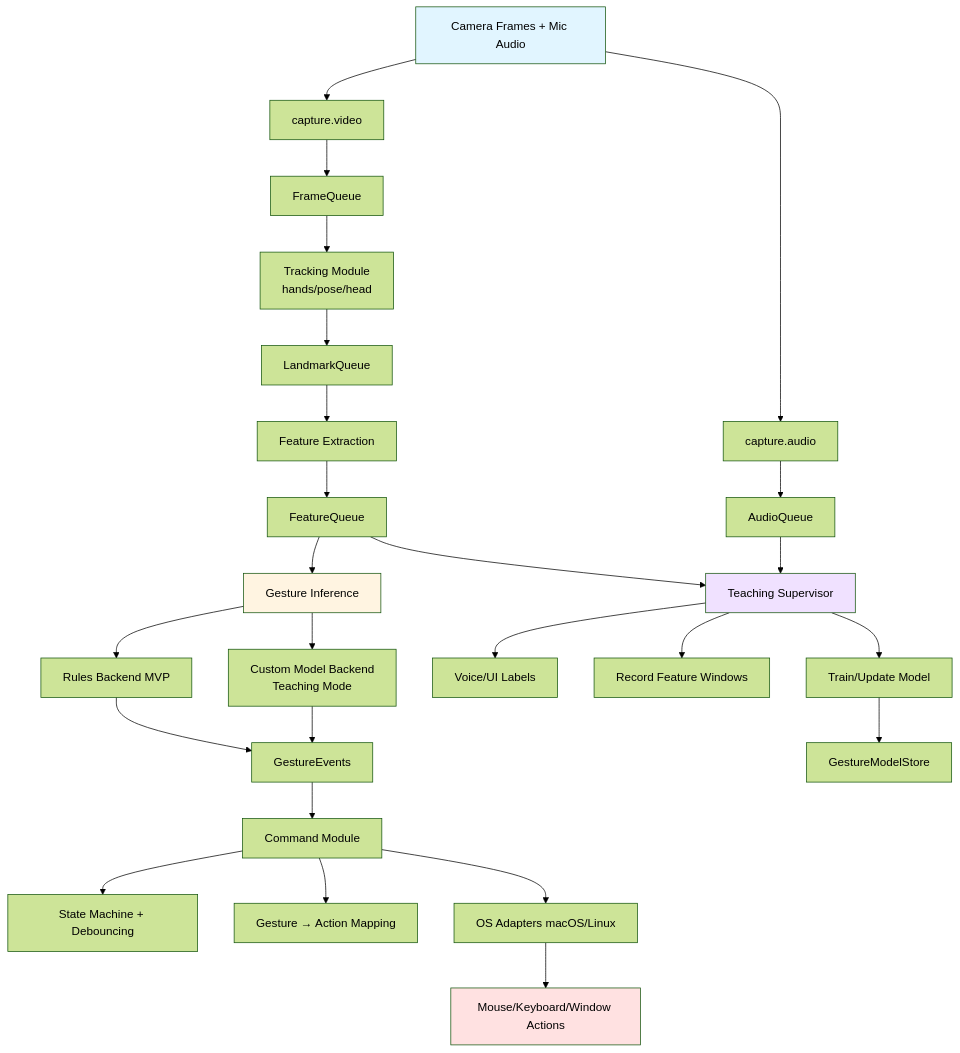
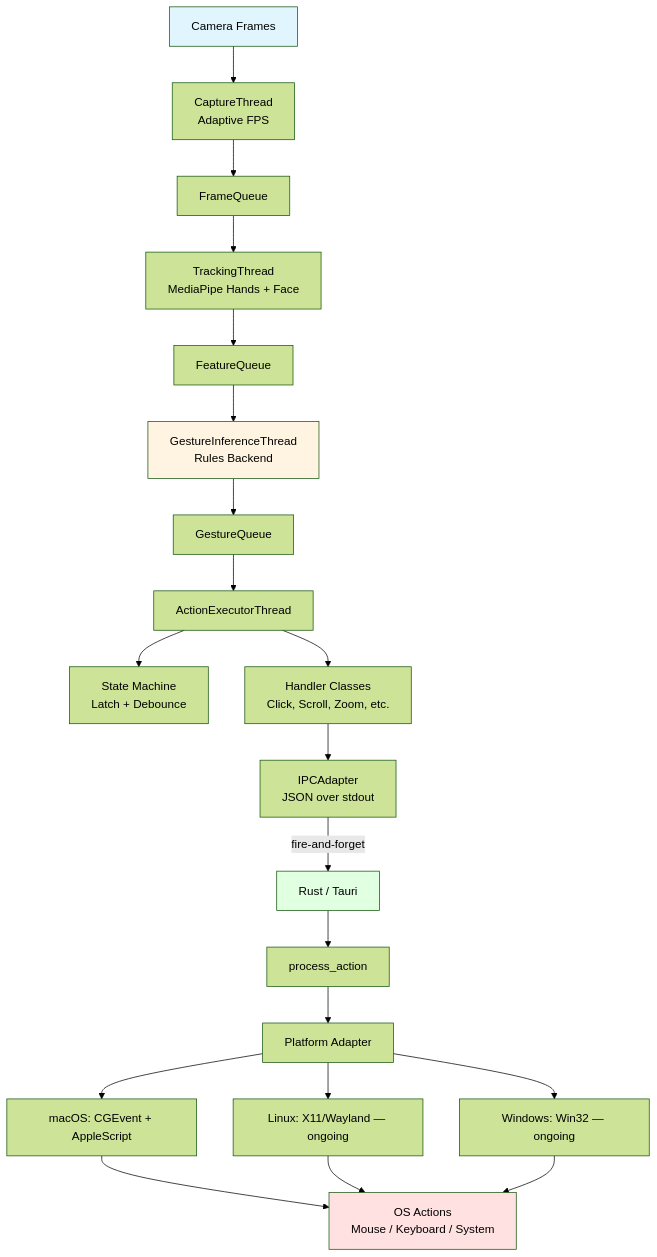
Before and after one commit to Shao0oo/handsi: the diagram in docs/ARCHITECTURE.md, drawn with Mermaid (forest theme). The commit also changed other lines of this file and 5 other files, not shown here.

````diff
--- a/docs/ARCHITECTURE.md
+++ b/docs/ARCHITECTURE.md
@@ -7,38 +9,27 @@
 ```mermaid
 flowchart TD
-    A[Camera Frames + Mic Audio] --> B1[capture.video]
-    A --> B2[capture.audio]
+    A[Camera Frames] --> B[CaptureThread<br/>Adaptive FPS]
+    B --> C[FrameQueue]
+    C --> D[TrackingThread<br/>MediaPipe Hands + Face]
+    D --> E[FeatureQueue]
+    E --> F[GestureInferenceThread<br/>Rules Backend]
 
-    B1 --> C1[FrameQueue]
-    B2 --> C2[AudioQueue]
+    F --> G[GestureQueue]
+    G --> H[ActionExecutorThread]
+    H --> H1[State Machine<br/>Latch + Debounce]
+    H --> H2[Handler Classes<br/>Click, Scroll, Zoom, etc.]
+    H2 --> I[IPCAdapter<br/>JSON over stdout]
 
-    C1 --> D[Tracking Module<br/>hands/pose/head]
-    D --> E[LandmarkQueue]
-
-    E --> F[Feature Extraction]
-    F --> G[FeatureQueue]
-
-    G --> H[Gesture Inference]
-    H --> H1[Rules Backend MVP]
-    H --> H2[Custom Model Backend<br/>Teaching Mode]
-    H1 & H2 --> I[GestureEvents]
-
-    C2 --> J[Teaching Supervisor]
-    G --> J
-    J --> J1[Voice/UI Labels]
-    J --> J2[Record Feature Windows]
-    J --> J3[Train/Update Model]
-    J3 --> K[GestureModelStore]
-
-    I --> L[Command Module]
-    L --> L1[State Machine + Debouncing]
-    L --> L2[Gesture → Action Mapping]
-    L --> L3[OS Adapters macOS/Linux]
-
-    L3 --> M[Mouse/Keyboard/Window Actions]
+    I -->|fire-and-forget| J[Rust / Tauri]
+    J --> J1[process_action]
+    J1 --> K[Platform Adapter]
+    K --> K1[macOS: CGEvent + AppleScript]
+    K --> K2[Linux: X11/Wayland — ongoing]
+    K --> K3[Windows: Win32 — ongoing]
+    K1 & K2 & K3 --> M[OS Actions<br/>Mouse / Keyboard / System]
 
     style A fill:#e1f5ff
     style M fill:#ffe1e1
-    style H fill:#fff4e1
-    style J fill:#f0e1ff
+    style F fill:#fff4e1
+    style J fill:#e1ffe1
 ```
````
